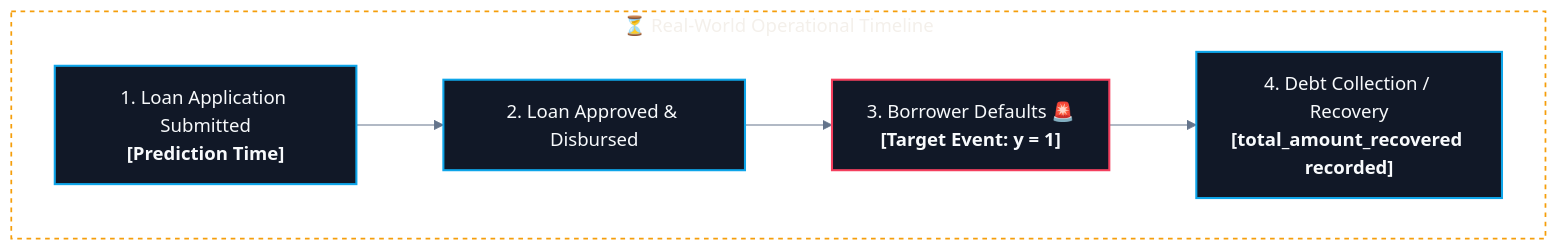
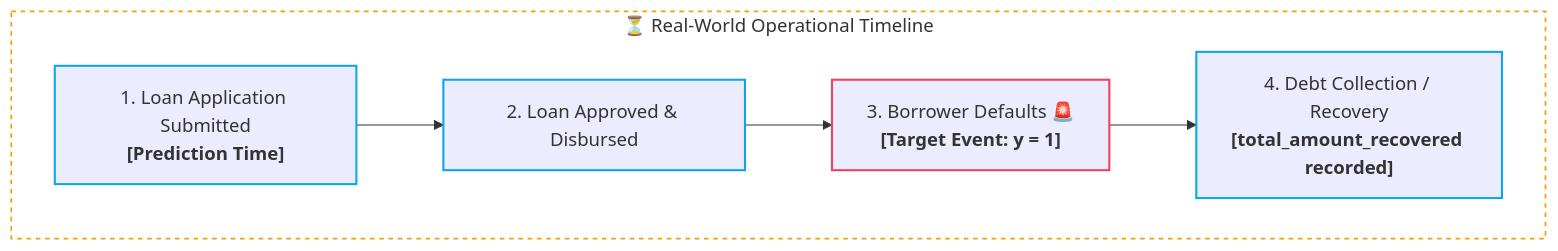
Before and after one commit to abhinavbharti2345/CS_Notes: the fifth of 6 diagrams in CS/AI & ML/02. Data Preprocessing/01. Data Leakage.md, drawn with Mermaid. The commit also changed other lines of this file and 91 other files, not shown here.

````diff
--- a/CS/AI & ML/02. Data Preprocessing/01. Data Leakage.md
+++ b/CS/AI & ML/02. Data Preprocessing/01. Data Leakage.md
@@ -143,16 +139,15 @@
 ```mermaid
-%%{init: {'theme': 'base', 'themeVariables': { 'darkMode': true, 'background': '#0B0F14', 'mainBkg': '#111827', 'primaryColor': '#111827', 'primaryTextColor': '#F8FAFC', 'primaryBorderColor': '#38BDF8', 'lineColor': '#64748B', 'secondaryColor': '#0B0F14', 'tertiaryColor': '#0B0F14', 'clusterBkg': '#0B0F14', 'clusterBorder': '#38BDF8' }}}%%
 flowchart LR
     subgraph Timeline ["⏳ Real-World Operational Timeline"]
         direction LR
         T0["1. Loan Application Submitted<br/><b>[Prediction Time]</b>"] --> T1["2. Loan Approved & Disbursed"]
         T1 --> T2["3. Borrower Defaults 🚨<br/><b>[Target Event: y = 1]</b>"]
         T2 --> T3["4. Debt Collection / Recovery<br/><b>[total_amount_recovered recorded]</b>"]
     end
 
     style Timeline fill:none,stroke:#f59e0b,stroke-width:1.5px,stroke-dasharray:4 4
-    classDef step fill:#111827,stroke:#0ea5e9,stroke-width:1.8px,color:#F8FAFC;
-    classDef event fill:#111827,stroke:#f43f5e,stroke-width:1.8px,color:#F8FAFC;
+    classDef step stroke:#0ea5e9,stroke-width:1.8px;
+    classDef event stroke:#f43f5e,stroke-width:1.8px;
     class T0,T1,T3 step;
     class T2 event;
 ```
````
